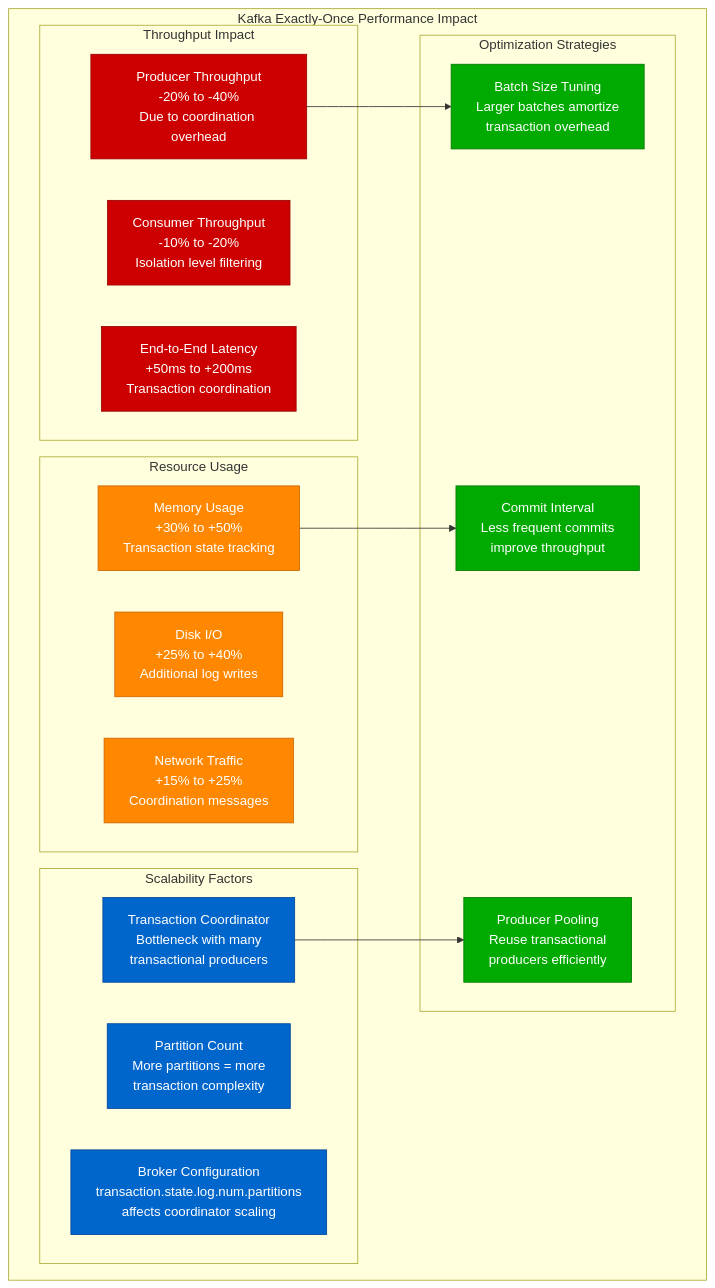
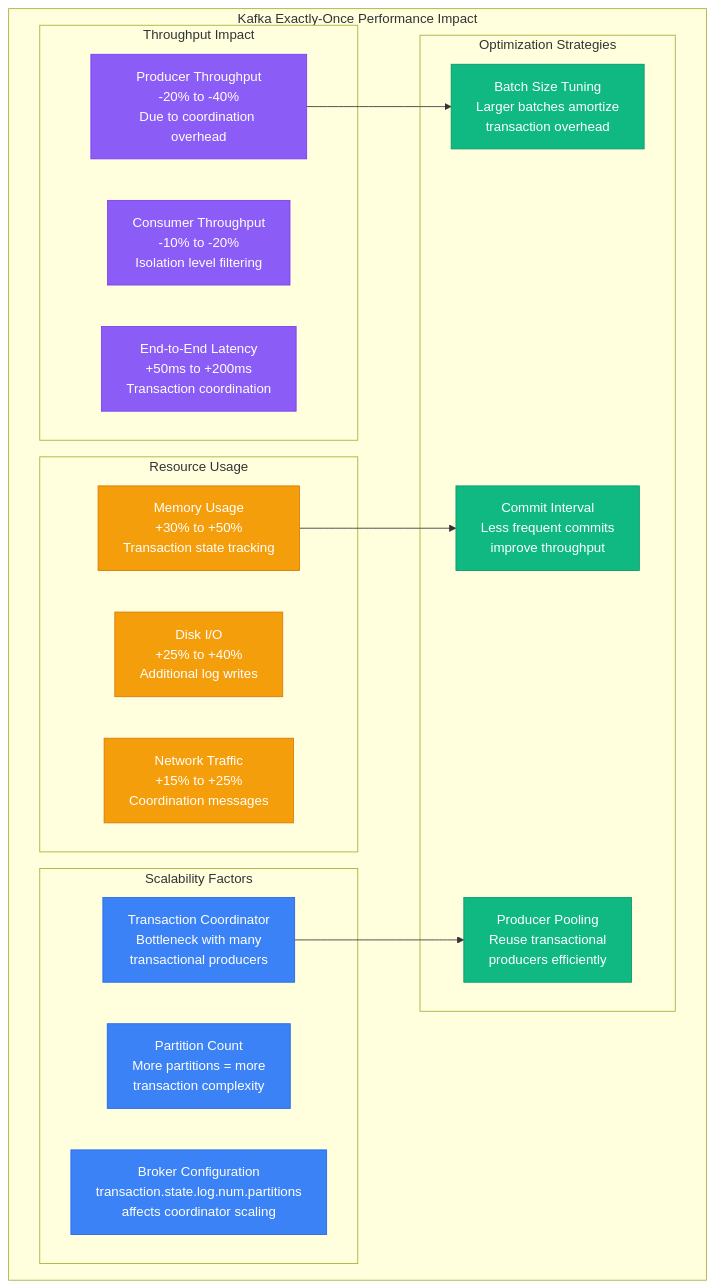
The ninth of 10 diagrams in site/docs/guarantees/exactly-once/exactly-once-kafka.md (deepaucksharma/DS), drawn with Mermaid before and after one commit. The commit also changed other lines of this file and 303 other files, not shown here.

````diff
--- a/site/docs/guarantees/exactly-once/exactly-once-kafka.md
+++ b/site/docs/guarantees/exactly-once/exactly-once-kafka.md
@@ -469,42 +469,42 @@
 ```mermaid
 graph TB
     subgraph PerformanceImpact[Kafka Exactly-Once Performance Impact]
         subgraph ThroughputImpact[Throughput Impact]
             TI1[Producer Throughput<br/>-20% to -40%<br/>Due to coordination overhead]
             TI2[Consumer Throughput<br/>-10% to -20%<br/>Isolation level filtering]
             TI3[End-to-End Latency<br/>+50ms to +200ms<br/>Transaction coordination]
         end
 
         subgraph ResourceUsage[Resource Usage]
             RU1[Memory Usage<br/>+30% to +50%<br/>Transaction state tracking]
             RU2[Disk I/O<br/>+25% to +40%<br/>Additional log writes]
             RU3[Network Traffic<br/>+15% to +25%<br/>Coordination messages]
         end
 
         subgraph ScalabilityFactors[Scalability Factors]
             SF1[Transaction Coordinator<br/>Bottleneck with many<br/>transactional producers]
             SF2[Partition Count<br/>More partitions = more<br/>transaction complexity]
             SF3[Broker Configuration<br/>transaction.state.log.num.partitions<br/>affects coordinator scaling]
         end
 
         subgraph OptimizationStrategies[Optimization Strategies]
             OS1[Batch Size Tuning<br/>Larger batches amortize<br/>transaction overhead]
             OS2[Commit Interval<br/>Less frequent commits<br/>improve throughput]
             OS3[Producer Pooling<br/>Reuse transactional<br/>producers efficiently]
         end
     end
 
     TI1 --> OS1
     RU1 --> OS2
     SF1 --> OS3
 
-    classDef throughputStyle fill:#CC0000,stroke:#990000,color:#fff
-    classDef resourceStyle fill:#FF8800,stroke:#CC6600,color:#fff
-    classDef scalabilityStyle fill:#0066CC,stroke:#004499,color:#fff
-    classDef optimizationStyle fill:#00AA00,stroke:#007700,color:#fff
+    classDef throughputStyle fill:#8B5CF6,stroke:#7C3AED,color:#fff
+    classDef resourceStyle fill:#F59E0B,stroke:#D97706,color:#fff
+    classDef scalabilityStyle fill:#3B82F6,stroke:#2563EB,color:#fff
+    classDef optimizationStyle fill:#10B981,stroke:#059669,color:#fff
 
     class TI1,TI2,TI3 throughputStyle
     class RU1,RU2,RU3 resourceStyle
     class SF1,SF2,SF3 scalabilityStyle
     class OS1,OS2,OS3 optimizationStyle
 ```
````
